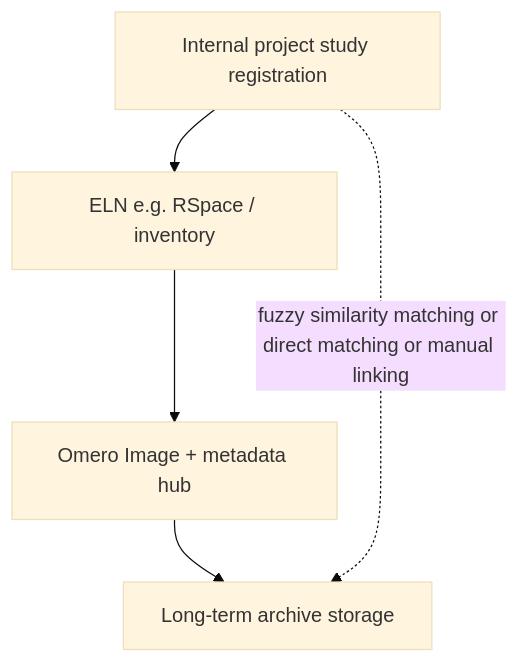
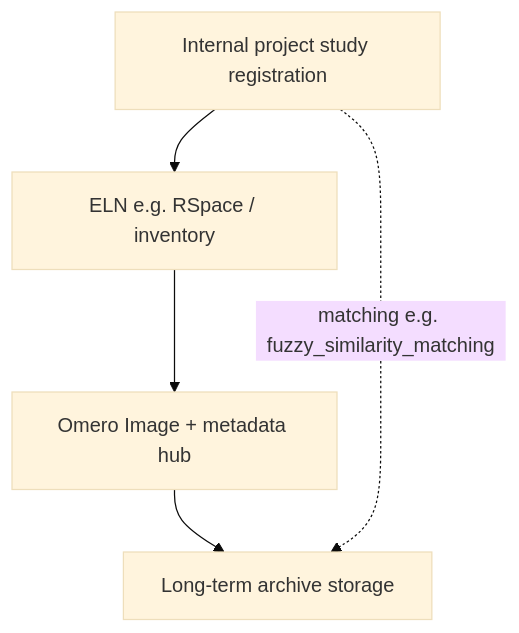
The diagram in README.md (SaibotMagd/RDM_system_connector), drawn with Mermaid (base theme) before and after one commit. The commit also changed other lines of this file and 14 other files, not shown here.

````diff
--- a/README.md
+++ b/README.md
@@ -13,8 +20,8 @@
 ```mermaid
 graph TD
     A[Internal project study registration] --> B[ELN e.g. RSpace / inventory]
     B --> C[Omero Image + metadata hub]
     C --> D[Long-term archive storage]
 
-    A -.->|fuzzy similarity matching or direct matching or manual linking| D
+    A -.->|matching e.g. fuzzy_similarity_matching| D
 ```
````
